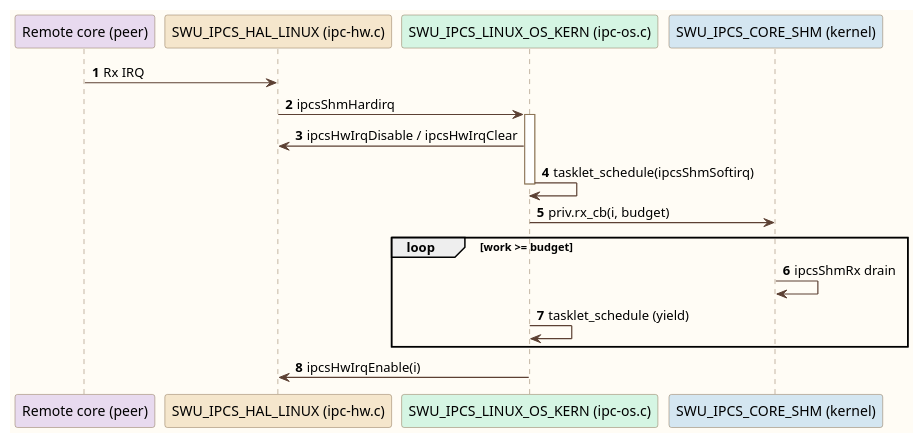
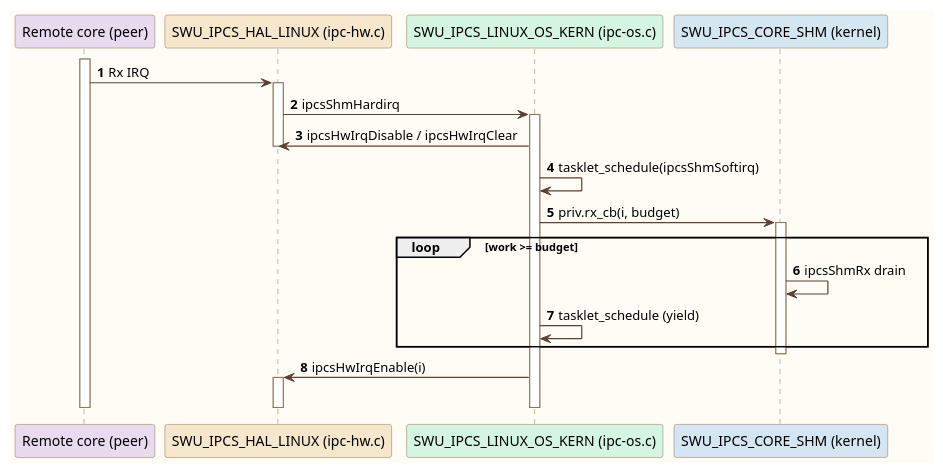
One commit to Mastang1/sad_sdd_proj changed the diagram in c1_sdd_linux-ipcs/cursor_tmp/flow_umls/linux_seq_kernel_rx.puml. Above: the diagram before and after it, drawn with PlantUML. The commit also changed 208 other files, not shown here.

```diff
--- a/c1_sdd_linux-ipcs/cursor_tmp/flow_umls/linux_seq_kernel_rx.puml
+++ b/c1_sdd_linux-ipcs/cursor_tmp/flow_umls/linux_seq_kernel_rx.puml
@@ -1,36 +1,44 @@
 @startuml
 skinparam backgroundColor #FFFCF5
 skinparam sequenceArrowThickness 1.2
 skinparam sequence {
   ArrowColor #5C4033
   LifeLineBorderColor #8B7355
   ParticipantBorderColor #8B7355
   BoxBorderColor #A08060
 }
 skinparam note {
   BackgroundColor #FFF8E8
   BorderColor #B89968
 }
 skinparam actor {
   BackgroundColor #FAF0E0
   BorderColor #8B7355
 }
 participant "Remote core (peer)" as REMOTE #E8DAEF
 participant "SWU_IPCS_HAL_LINUX (ipc-hw.c)" as HAL #F5E6CC
 participant "SWU_IPCS_LINUX_OS_KERN (ipc-os.c)" as OSAL #D5F5E3
 participant "SWU_IPCS_CORE_SHM (kernel)" as CORE #D4E6F1
 
 autonumber
+activate REMOTE
 REMOTE -> HAL : Rx IRQ
+activate HAL
 HAL -> OSAL : ipcsShmHardirq
 activate OSAL
 OSAL -> HAL : ipcsHwIrqDisable / ipcsHwIrqClear
+deactivate HAL
 OSAL -> OSAL : tasklet_schedule(ipcsShmSoftirq)
-deactivate OSAL
 OSAL -> CORE : priv.rx_cb(i, budget)
+activate CORE
 loop work >= budget
   CORE -> CORE : ipcsShmRx drain
   OSAL -> OSAL : tasklet_schedule (yield)
 end
+deactivate CORE
 OSAL -> HAL : ipcsHwIrqEnable(i)
+activate HAL
+deactivate HAL
+deactivate OSAL
+deactivate REMOTE
 @enduml
```
